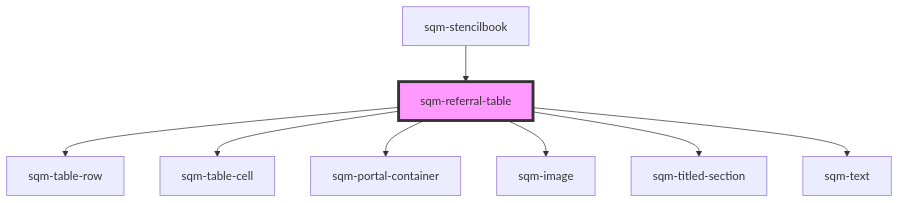
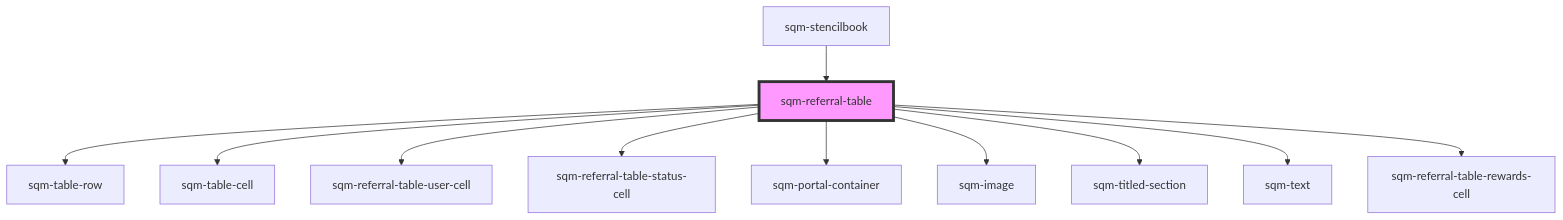
The diagram in packages/mint-components/src/components/sqm-referral-table/readme.md (saasquatch/program-tools), drawn with Mermaid before and after one commit. The commit also changed other lines of this file and 17 other files, not shown here.

````diff
--- a/packages/mint-components/src/components/sqm-referral-table/readme.md
+++ b/packages/mint-components/src/components/sqm-referral-table/readme.md
@@ -43,11 +46,14 @@
 ```mermaid
 graph TD;
   sqm-referral-table --> sqm-table-row
   sqm-referral-table --> sqm-table-cell
+  sqm-referral-table --> sqm-referral-table-user-cell
+  sqm-referral-table --> sqm-referral-table-status-cell
   sqm-referral-table --> sqm-portal-container
   sqm-referral-table --> sqm-image
   sqm-referral-table --> sqm-titled-section
   sqm-referral-table --> sqm-text
+  sqm-referral-table --> sqm-referral-table-rewards-cell
   sqm-stencilbook --> sqm-referral-table
   style sqm-referral-table fill:#f9f,stroke:#333,stroke-width:4px
 ```
````
